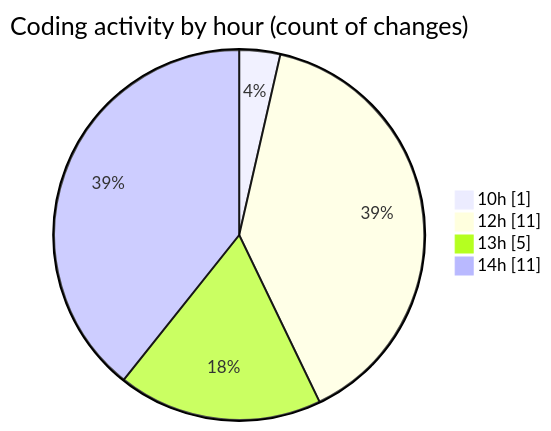
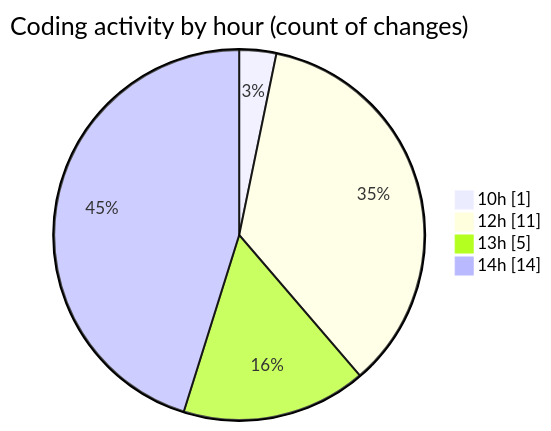
Before and after one commit to nxtqubesakshisongat/code-tracking: the second of 2 diagrams in 2026-01-12/nxtqube_webapp/README.md, drawn with Mermaid. The commit also changed other lines of this file and 1 other file, not shown here.

````diff
--- a/2026-01-12/nxtqube_webapp/README.md
+++ b/2026-01-12/nxtqube_webapp/README.md
@@ -32,8 +35,8 @@
 ```mermaid
 pie showData
 title Coding activity by hour (count of changes)
 "10h" : 1
 "12h" : 11
 "13h" : 5
-"14h" : 11
+"14h" : 14
 ```
````
